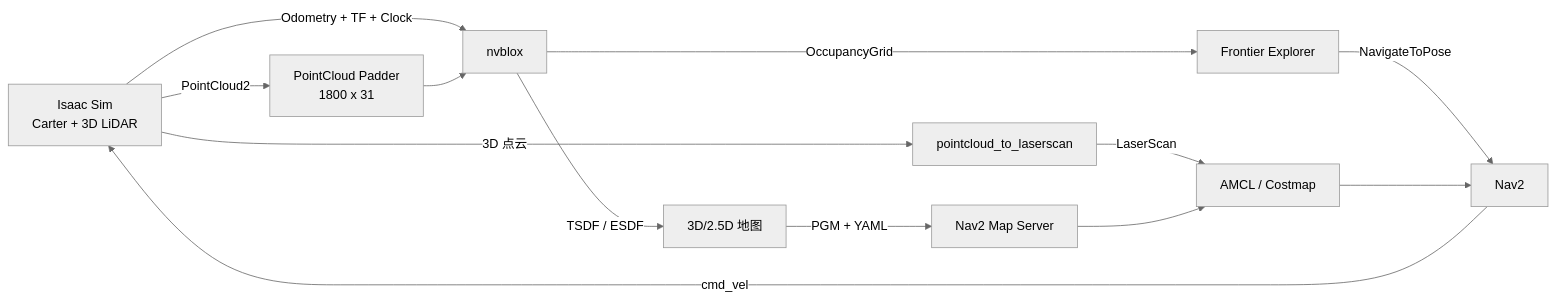
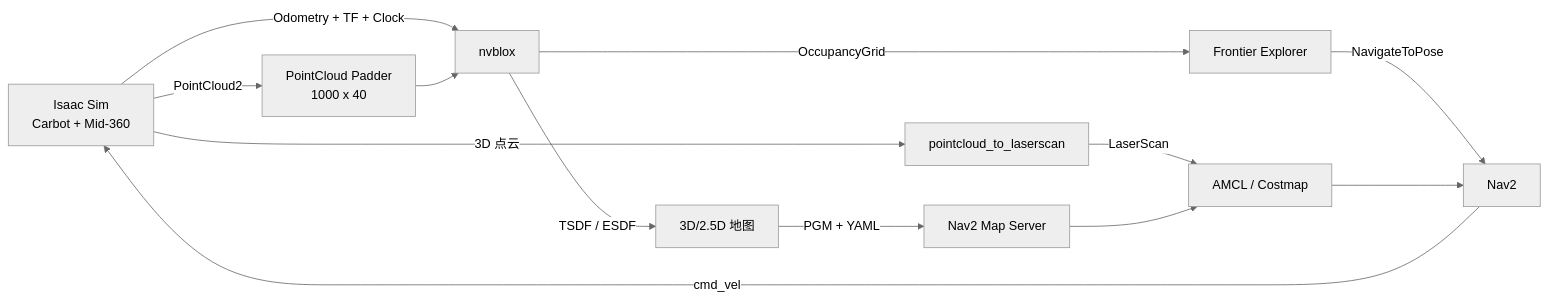
The diagram in README.md (shenfangqi/isaac-3d-lidar-amr-ws), drawn with Mermaid (neutral theme) before and after one commit. The commit also changed other lines of this file and 23 other files, not shown here.

````diff
--- a/README.md
+++ b/README.md
@@ -23,15 +23,15 @@
 ```mermaid
 flowchart LR
-    A[Isaac Sim<br/>Carter + 3D LiDAR] -->|PointCloud2| B[PointCloud Padder<br/>1800 x 31]
+    A[Isaac Sim<br/>Carbot + Mid-360] -->|PointCloud2| B[PointCloud Padder<br/>1000 x 40]
     A -->|Odometry + TF + Clock| C[nvblox]
     B --> C
     C -->|TSDF / ESDF| D[3D/2.5D 地图]
     C -->|OccupancyGrid| E[Frontier Explorer]
     D -->|PGM + YAML| F[Nav2 Map Server]
     A -->|3D 点云| G[pointcloud_to_laserscan]
     G -->|LaserScan| H[AMCL / Costmap]
     F --> H
     E -->|NavigateToPose| I[Nav2]
     H --> I
     I -->|cmd_vel| A
 ```
````
